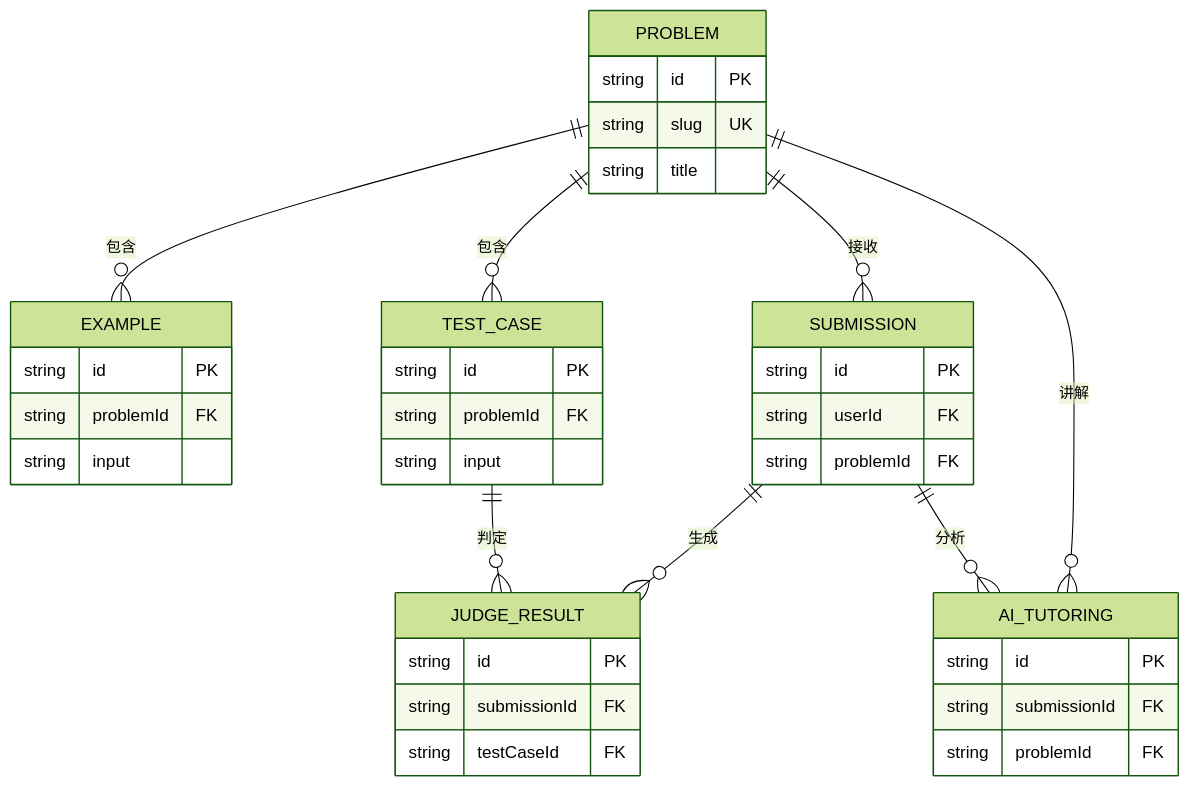
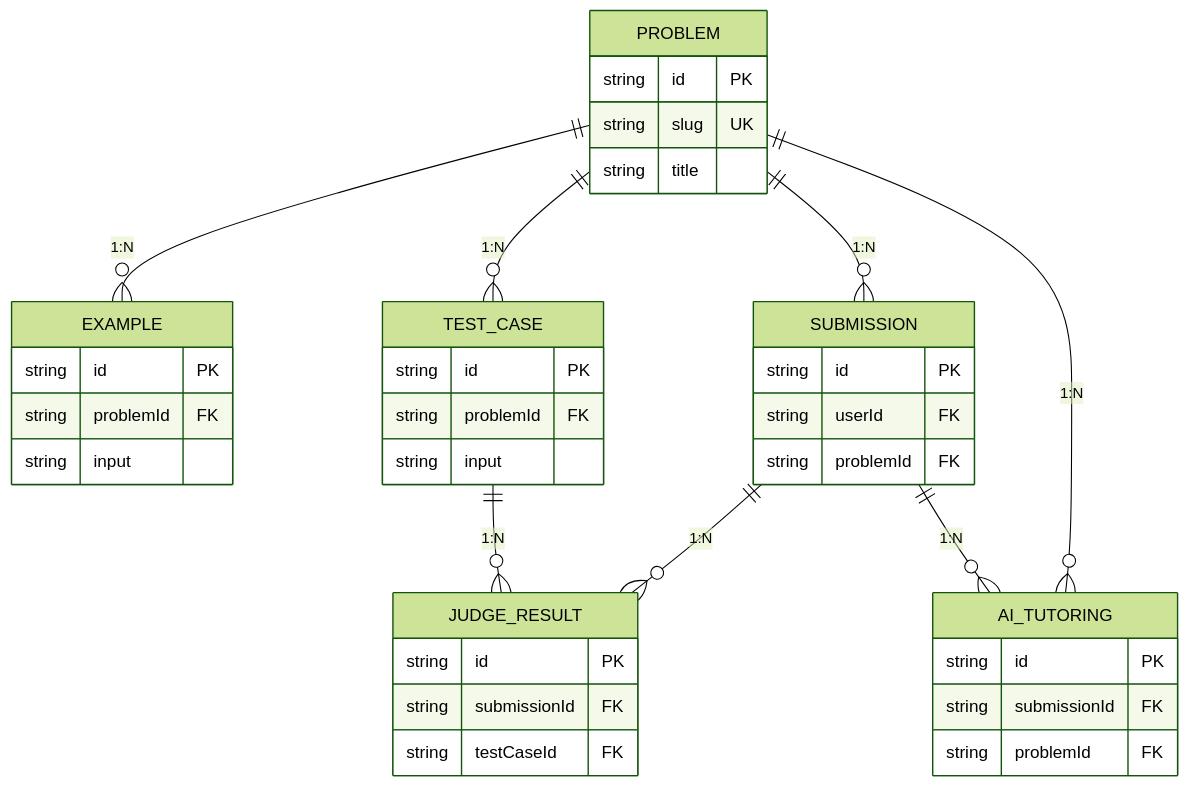
Before and after one commit to mulberyn/aI-coding-learning-platform: the third of 4 diagrams in mermaid.md, drawn with Mermaid (forest theme). The commit also changed other lines of this file and 3 other files, not shown here.

````diff
--- a/mermaid.md
+++ b/mermaid.md
@@ -124,46 +126,46 @@
 ```mermaid
 erDiagram
 	PROBLEM {
 		string id PK
 		string slug UK
 		string title
 	}
 
 	EXAMPLE {
 		string id PK
 		string problemId FK
 		string input
 	}
 
 	TEST_CASE {
 		string id PK
 		string problemId FK
 		string input
 	}
 
 	SUBMISSION {
 		string id PK
 		string userId FK
 		string problemId FK
 	}
 
 	JUDGE_RESULT {
 		string id PK
 		string submissionId FK
 		string testCaseId FK
 	}
 
 	AI_TUTORING {
 		string id PK
 		string submissionId FK
 		string problemId FK
 	}
 
-	PROBLEM ||--o{ EXAMPLE : 包含
-	PROBLEM ||--o{ TEST_CASE : 包含
-	PROBLEM ||--o{ SUBMISSION : 接收
-	PROBLEM ||--o{ AI_TUTORING : 讲解
-	SUBMISSION ||--o{ JUDGE_RESULT : 生成
-	TEST_CASE ||--o{ JUDGE_RESULT : 判定
-	SUBMISSION ||--o{ AI_TUTORING : 分析
+	PROBLEM ||--o{ EXAMPLE : "1:N"
+	PROBLEM ||--o{ TEST_CASE : "1:N"
+	PROBLEM ||--o{ SUBMISSION : "1:N"
+	PROBLEM ||--o{ AI_TUTORING : "1:N"
+	SUBMISSION ||--o{ JUDGE_RESULT : "1:N"
+	TEST_CASE ||--o{ JUDGE_RESULT : "1:N"
+	SUBMISSION ||--o{ AI_TUTORING : "1:N"
 ```
````
